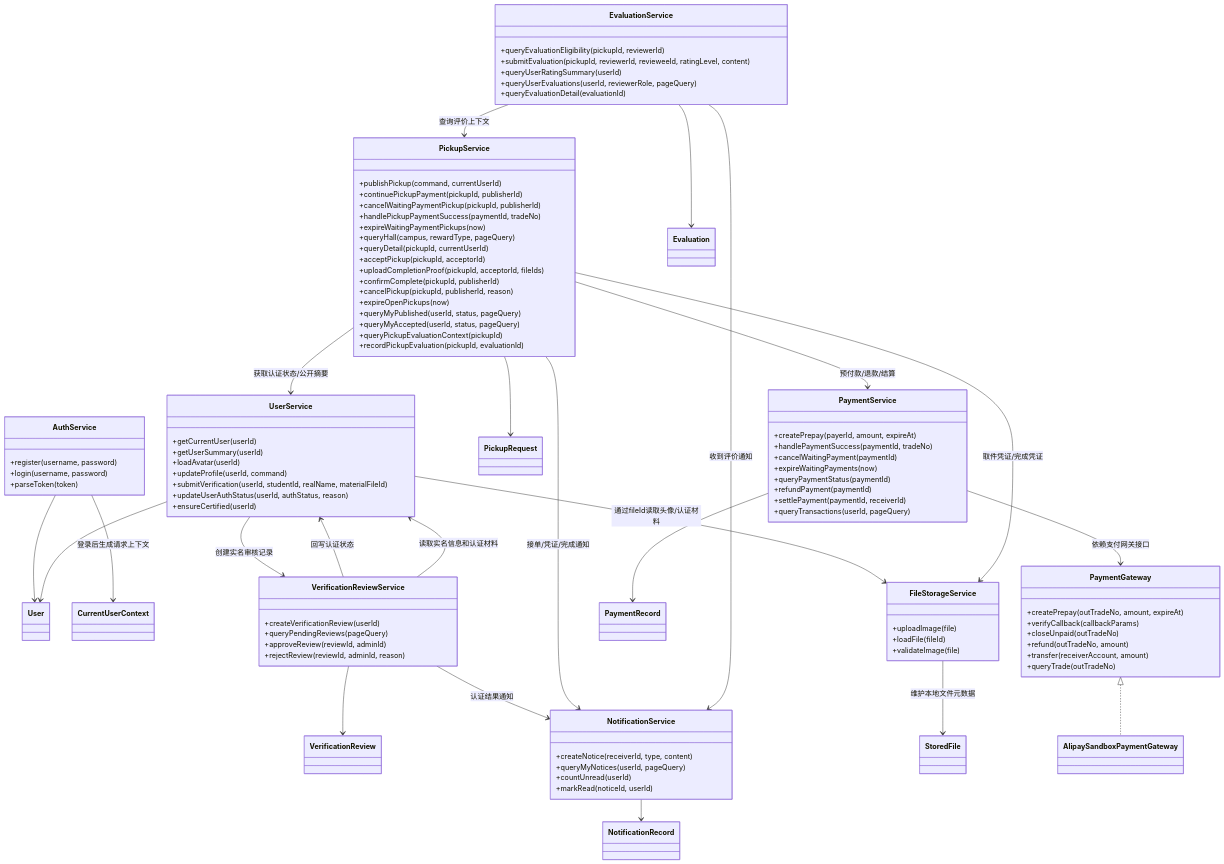
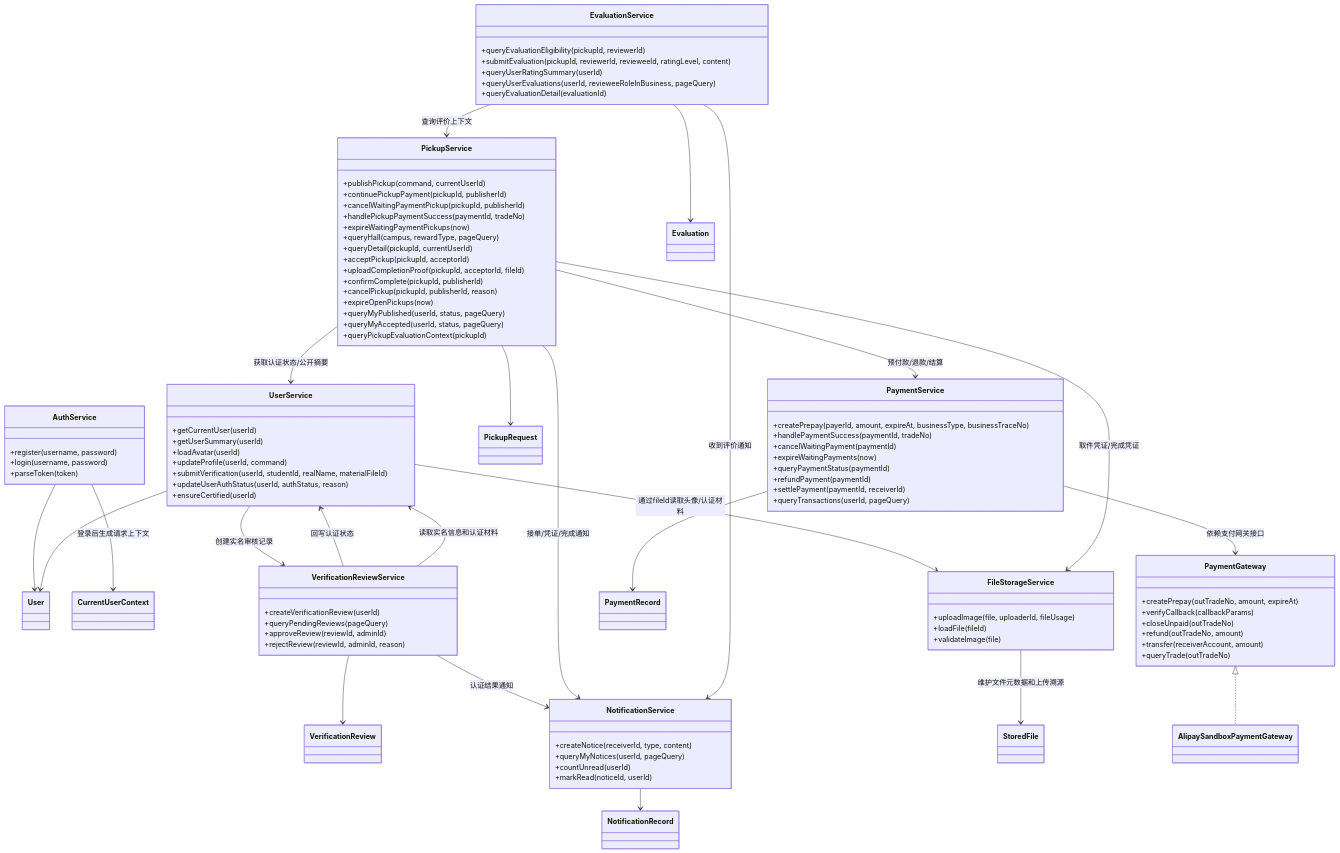
Before and after one commit to true-is-dui/CampusHub: the second of 4 diagrams in docs/P3/class_design.md, drawn with Mermaid. The commit also changed other lines of this file, not shown here.

```diff
--- a/docs/P3/class_design.md
+++ b/docs/P3/class_design.md
@@ -157,7 +162,7 @@
     PickupService --> PaymentService : 预付款/退款/结算
     PickupService --> FileStorageService : 取件凭证/完成凭证
     PickupService --> NotificationService : 接单/凭证/完成通知
-    FileStorageService --> StoredFile : 维护本地文件元数据
+    FileStorageService --> StoredFile : 维护文件元数据和上传溯源
 
     PaymentService --> PaymentRecord
     PaymentService --> PaymentGateway : 依赖支付网关接口
@@ -201,18 +206,17 @@
         +queryHall(campus, rewardType, pageQuery)
         +queryDetail(pickupId, currentUserId)
         +acceptPickup(pickupId, acceptorId)
-        +uploadCompletionProof(pickupId, acceptorId, fileIds)
+        +uploadCompletionProof(pickupId, acceptorId, fileId)
         +confirmComplete(pickupId, publisherId)
         +cancelPickup(pickupId, publisherId, reason)
         +expireOpenPickups(now)
         +queryMyPublished(userId, status, pageQuery)
         +queryMyAccepted(userId, status, pageQuery)
         +queryPickupEvaluationContext(pickupId)
-        +recordPickupEvaluation(pickupId, evaluationId)
     }
 
     class PaymentService {
-        +createPrepay(payerId, amount, expireAt)
+        +createPrepay(payerId, amount, expireAt, businessType, businessTraceNo)
         +handlePaymentSuccess(paymentId, tradeNo)
         +cancelWaitingPayment(paymentId)
         +expireWaitingPayments(now)
@@ -232,7 +236,7 @@
     }
 
     class FileStorageService {
-        +uploadImage(file)
+        +uploadImage(file, uploaderId, fileUsage)
         +loadFile(fileId)
         +validateImage(file)
     }
@@ -241,7 +245,7 @@
         +queryEvaluationEligibility(pickupId, reviewerId)
         +submitEvaluation(pickupId, reviewerId, revieweeId, ratingLevel, content)
         +queryUserRatingSummary(userId)
-        +queryUserEvaluations(userId, reviewerRole, pageQuery)
+        +queryUserEvaluations(userId, revieweeRoleInBusiness, pageQuery)
         +queryEvaluationDetail(evaluationId)
     }
 
```
